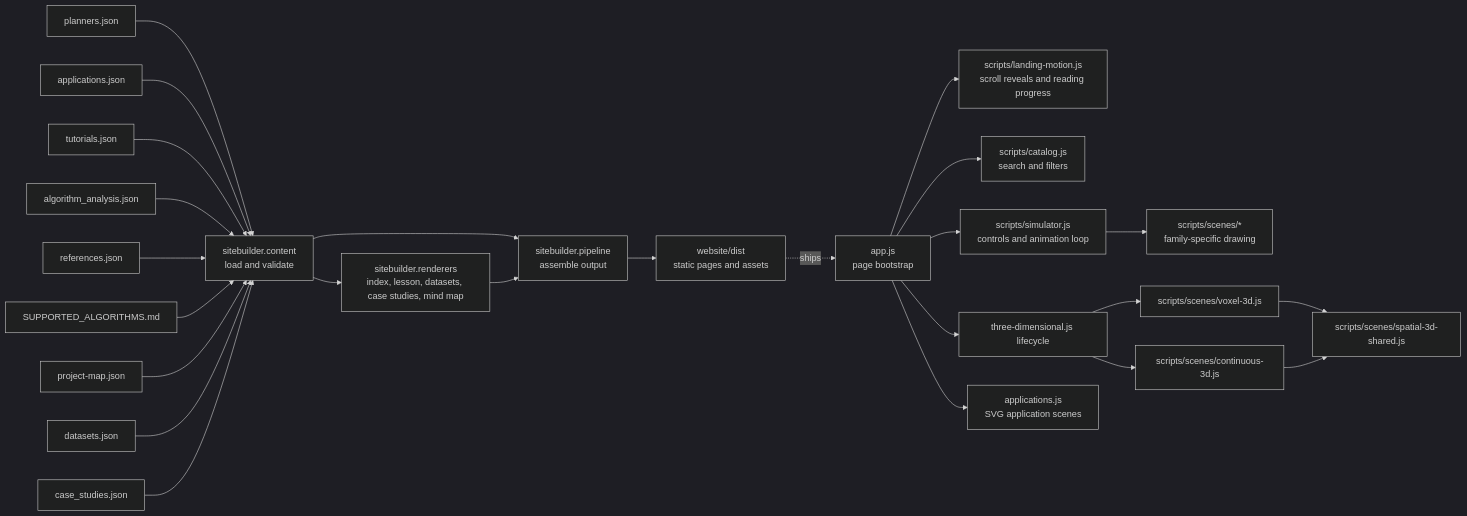
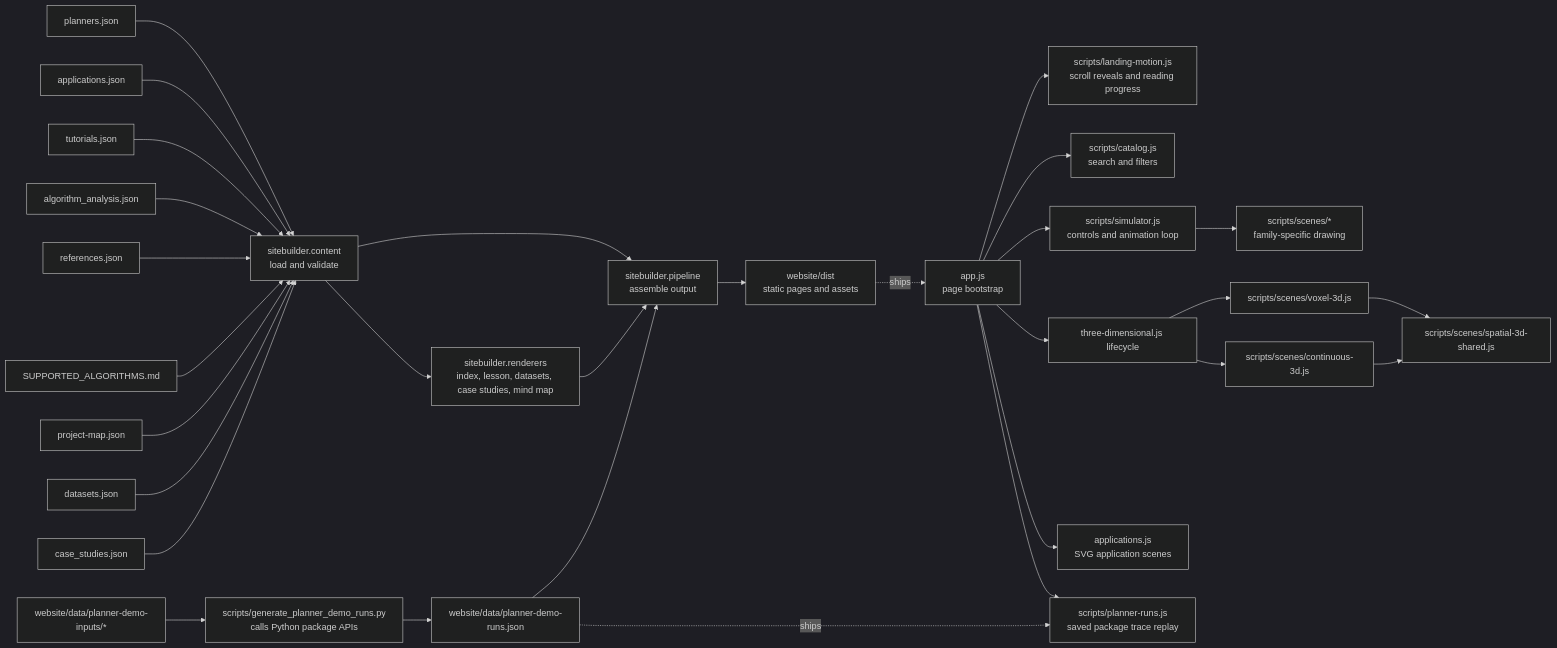
The diagram in website/ARCHITECTURE.md (damminhtien/pathplanning), drawn with Mermaid (dark theme) before and after one commit. The commit also changed other lines of this file and 14 other files, not shown here.

Commit message:
feat(website): add reproducible planner traces

````diff
--- a/website/ARCHITECTURE.md
+++ b/website/ARCHITECTURE.md
@@ -5,47 +5,52 @@
 ```mermaid
 flowchart LR
   PlannerData[planners.json]
   TutorialData[tutorials.json]
   AnalysisData[algorithm_analysis.json]
   References[references.json]
   Applications[applications.json]
   Registry[SUPPORTED_ALGORITHMS.md]
   MapData[project-map.json]
   DatasetData[datasets.json]
   CaseStudies[case_studies.json]
   Content[sitebuilder.content\nload and validate]
   Build[sitebuilder.pipeline\nassemble output]
   PageRenderers[sitebuilder.renderers\nindex, lesson, datasets, case studies, mind map]
   Dist[website/dist\nstatic pages and assets]
   Browser[app.js\npage bootstrap]
   LandingMotion[scripts/landing-motion.js\nscroll reveals and reading progress]
   Catalog[scripts/catalog.js\nsearch and filters]
   Simulator[scripts/simulator.js\ncontrols and animation loop]
   Scenes[scripts/scenes/*\nfamily-specific drawing]
 
   PlannerData --> Content
   Applications --> Content
   TutorialData --> Content
   AnalysisData --> Content
   References --> Content
   Registry --> Content
   MapData --> Content
   DatasetData --> Content
   CaseStudies --> Content
   Content --> Build
   Content --> PageRenderers
   PageRenderers --> Build
   Build --> Dist
   Browser --> Catalog
   Browser --> LandingMotion
   Browser --> ThreeDimensional
   ThreeDimensional[three-dimensional.js lifecycle]
   ThreeDimensional --> Voxel3D[scripts/scenes/voxel-3d.js]
   ThreeDimensional --> Continuous3D[scripts/scenes/continuous-3d.js]
   Voxel3D --> SpatialDrawing[scripts/scenes/spatial-3d-shared.js]
   Continuous3D --> SpatialDrawing
   Browser --> ApplicationScenes[applications.js\nSVG application scenes]
   Browser --> Simulator
   Simulator --> Scenes
+  Browser --> RecordedRuns["scripts/planner-runs.js<br/>saved package trace replay"]
+  TraceGenerator["scripts/generate_planner_demo_runs.py<br/>calls Python package APIs"] --> RunData[website/data/planner-demo-runs.json]
+  RunInputs[website/data/planner-demo-inputs/*] --> TraceGenerator
+  RunData --> Build
+  RunData -. ships .-> RecordedRuns
   Dist -. ships .-> Browser
 ```
````
